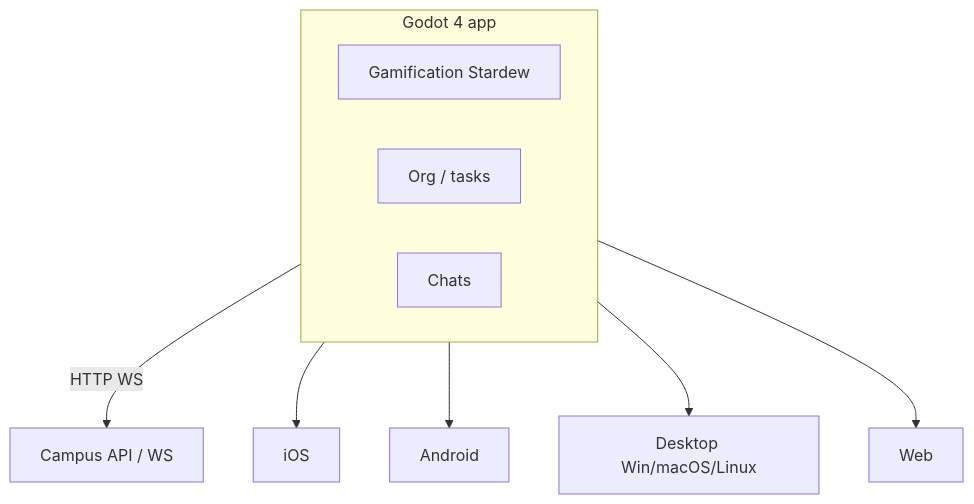
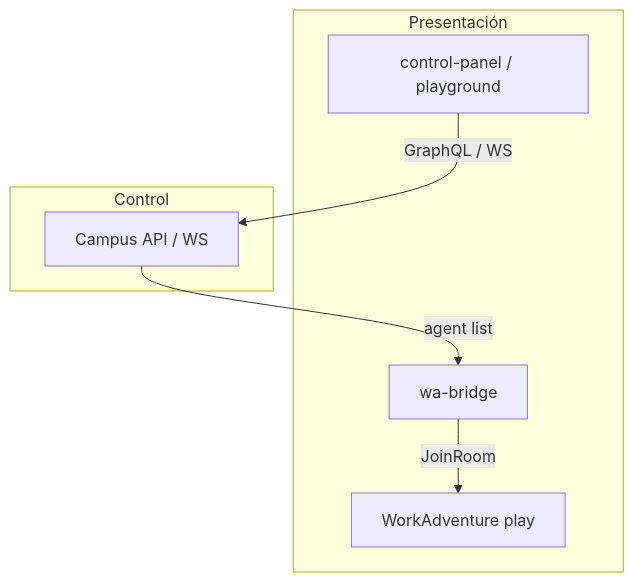
One commit to sodawave/agent-campus changed the fourth of 6 diagrams in docs/TECH_SPEC.md. Above: the diagram before and after it, drawn with Mermaid. The commit also changed other lines of this file and 57 other files, not shown here.

````diff
--- a/docs/TECH_SPEC.md
+++ b/docs/TECH_SPEC.md
@@ -373,18 +369,14 @@
 ```mermaid
 flowchart TB
-  subgraph godotApp [Godot 4 app]
-    Map[Gamification Stardew]
-    Org[Org / tasks]
-    Chat[Chats]
+  subgraph present [Presentación]
+    WA[WorkAdventure play]
+    Bridge[wa-bridge]
+    CP[control-panel / playground]
   end
-  API[Campus API / WS]
-  godotApp -->|HTTP WS| API
-  iOS[iOS]
-  And[Android]
-  Desk[Desktop Win/macOS/Linux]
-  Web[Web]
-  godotApp --> iOS
-  godotApp --> And
-  godotApp --> Desk
-  godotApp --> Web
+  subgraph core [Control]
+    API[Campus API / WS]
+  end
+  Bridge -->|JoinRoom| WA
+  API -->|agent list| Bridge
+  CP -->|GraphQL / WS| API
 ```
````
